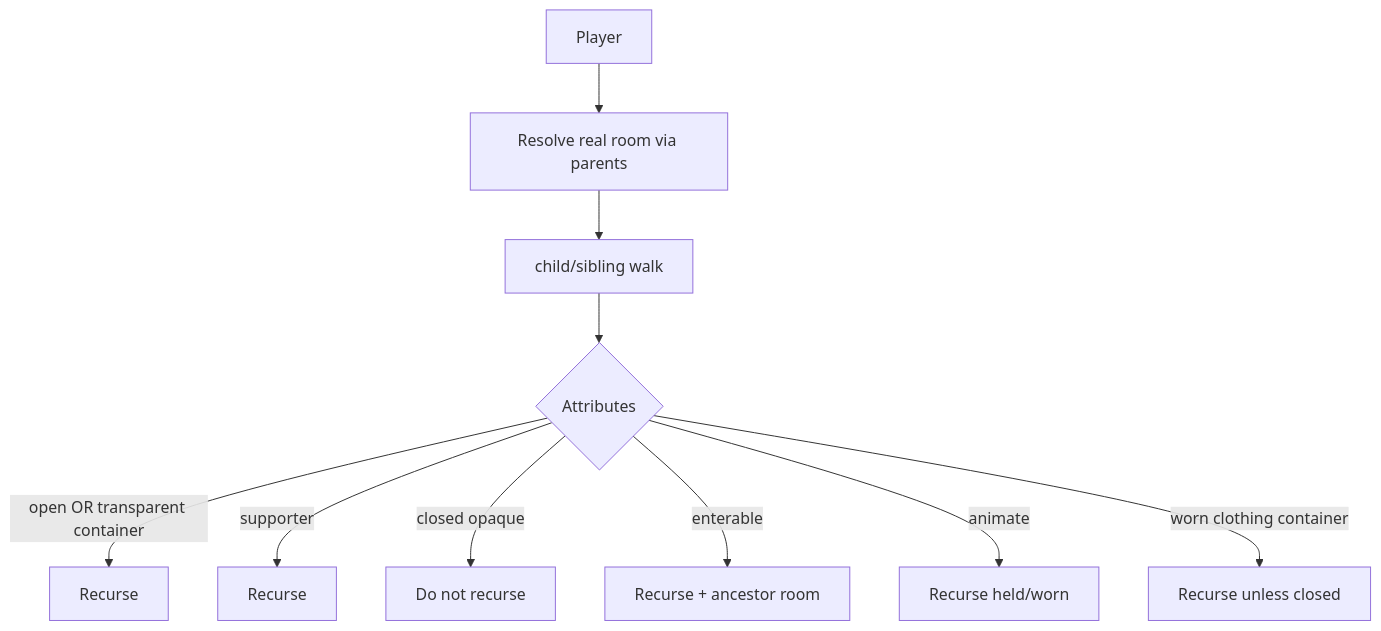
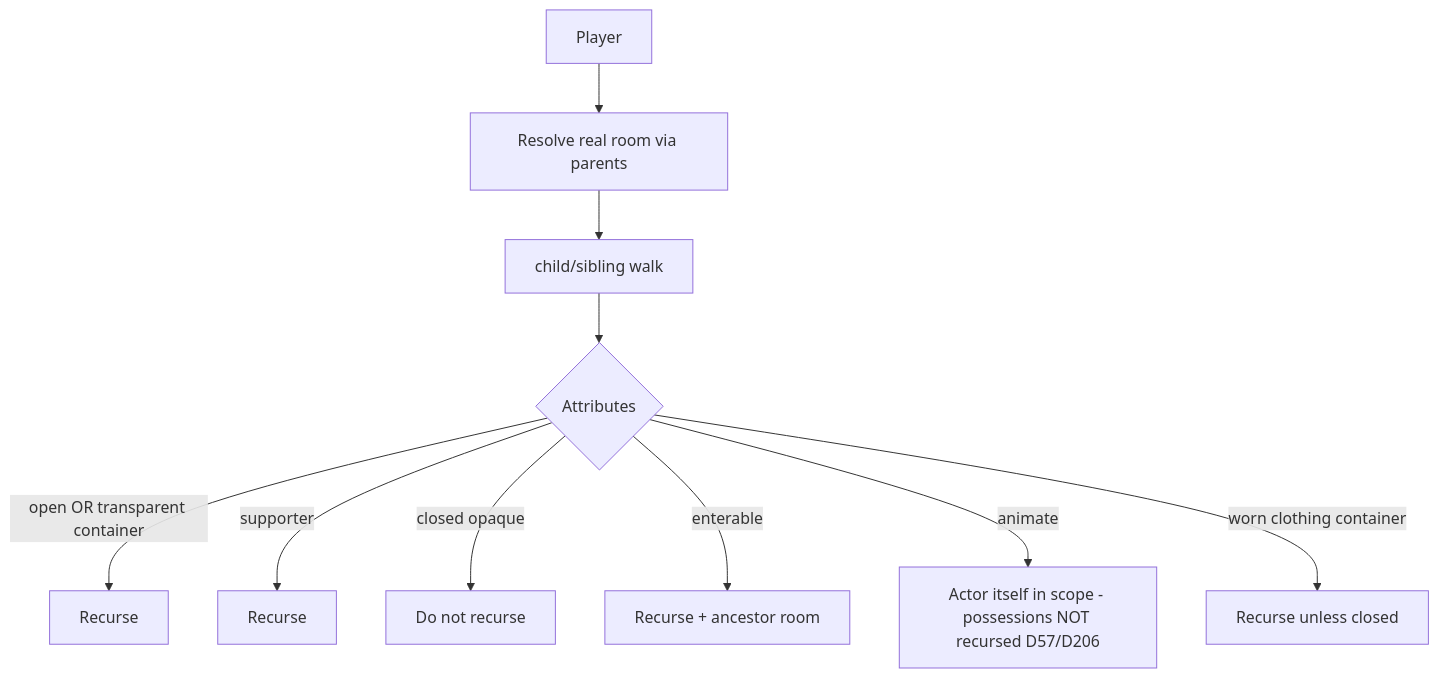
Before and after one commit to Hymlock/ParchLock: the sixth of 57 diagrams in ARCHITECTURE_UML.md, drawn with Mermaid. The commit also changed other lines of this file and 119 other files, not shown here.

````diff
--- a/ARCHITECTURE_UML.md
+++ b/ARCHITECTURE_UML.md
@@ -581,12 +586,12 @@
 ```mermaid
 flowchart TB
   P[Player] --> R[Resolve real room via parents]
   R --> WALK[child/sibling walk]
   WALK --> ATTR{Attributes}
   ATTR -->|open OR transparent container| REC1[Recurse]
   ATTR -->|supporter| REC2[Recurse]
   ATTR -->|closed opaque| HIDE[Do not recurse]
   ATTR -->|enterable| VEH[Recurse + ancestor room]
-  ATTR -->|animate| NPC[Recurse held/worn]
+  ATTR -->|animate| NPC[Actor itself in scope - possessions NOT recursed D57/D206]
   ATTR -->|worn clothing container| PKT[Recurse unless closed]
 ```
````
